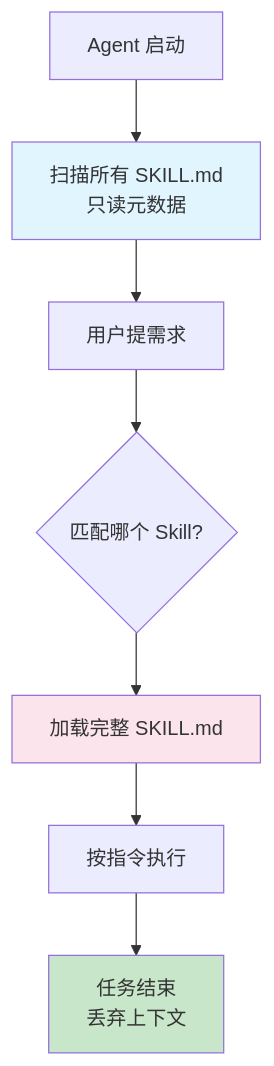
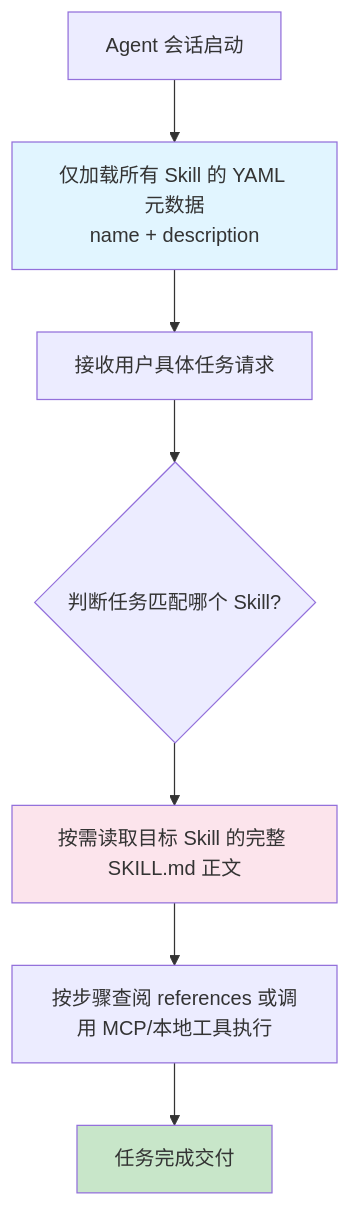
One commit to GuoWWWX/knowledge-base changed diagram 13 of 14 in 10-AI应用开发/00-总览/AI应用开发学习路径.md. Above: the diagram before and after it, drawn with Mermaid. The commit also changed other lines of this file and 251 other files, not shown here.

````diff
--- a/10-AI应用开发/00-总览/AI应用开发学习路径.md
+++ b/10-AI应用开发/00-总览/AI应用开发学习路径.md
@@ -1377,13 +1326,13 @@
 ```mermaid
 flowchart TD
-    A[Agent 启动] --> B[扫描所有 SKILL.md<br/>只读元数据]
-    B --> C[用户提需求]
-    C --> D{匹配哪个 Skill?}
-    D --> E[加载完整 SKILL.md]
-    E --> F[按指令执行]
-    F --> G[任务结束<br/>丢弃上下文]
+    A[Agent 会话启动] --> B[仅加载所有 Skill 的 YAML 元数据<br/>name + description]
+    B --> C[接收用户具体任务请求]
+    C --> D{判断任务匹配哪个 Skill?}
+    D --> E[按需读取目标 Skill 的完整 SKILL.md 正文]
+    E --> F[按步骤查阅 references 或调用 MCP/本地工具执行]
+    F --> G[任务完成交付]
     
     style B fill:#e1f5ff
     style E fill:#fce4ec
     style G fill:#c8e6c9
 ```
````
